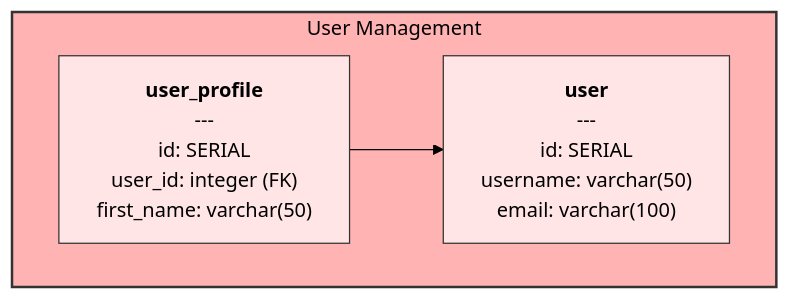
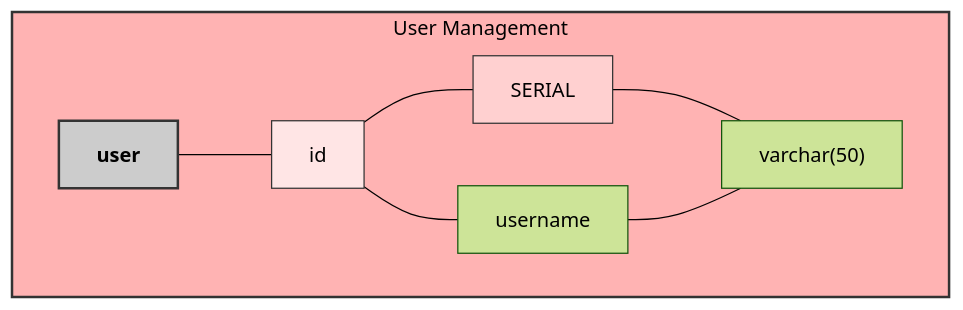
Before and after one commit to DSACMS/npd_durc_is_crud: the diagram in README_durc_diagram.md, drawn with Mermaid (forest theme). The commit also changed other lines of this file and 5 other files, not shown here.

````diff
--- a/README_durc_diagram.md
+++ b/README_durc_diagram.md
@@ -101,11 +101,19 @@
 ```mermaid
 flowchart TD
     subgraph section_0["User Management"]
-        user["<b>user</b><br/>---<br/>id: SERIAL<br/>username: varchar(50)<br/>email: varchar(100)"]
-        user_profile["<b>user_profile</b><br/>---<br/>id: SERIAL<br/>user_id: integer (FK)<br/>first_name: varchar(50)"]
+        user_header["<b>user</b>"]
+        user_col_0_name["id"]
+        user_col_0_type["SERIAL"]
+        user_col_1_name["username"]
+        user_col_1_type["varchar(50)"]
+        user_header --- user_col_0_name
+        user_col_0_name --- user_col_0_type
+        user_col_0_name --- user_col_1_name
+        user_col_0_type --- user_col_1_type
+        user_col_1_name --- user_col_1_type
     end
     style section_0 fill:#FFB3B3,stroke:#333,stroke-width:2px,color:#000
-    style user fill:#FFE5E5,stroke:#333,stroke-width:1px,color:#000
-    style user_profile fill:#FFE5E5,stroke:#333,stroke-width:1px,color:#000
-    user_profile --> user
+    style user_header fill:#CCCCCC,stroke:#333,stroke-width:2px,color:#000
+    style user_col_0_name fill:#FFE5E5,stroke:#333,stroke-width:1px,color:#000
+    style user_col_0_type fill:#FFD0D0,stroke:#333,stroke-width:1px,color:#000
 ```
````
